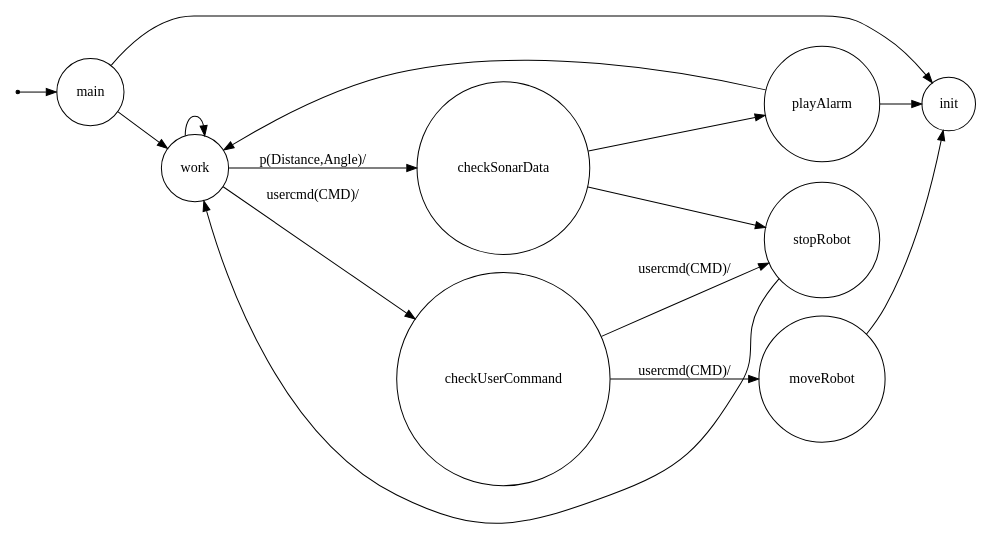
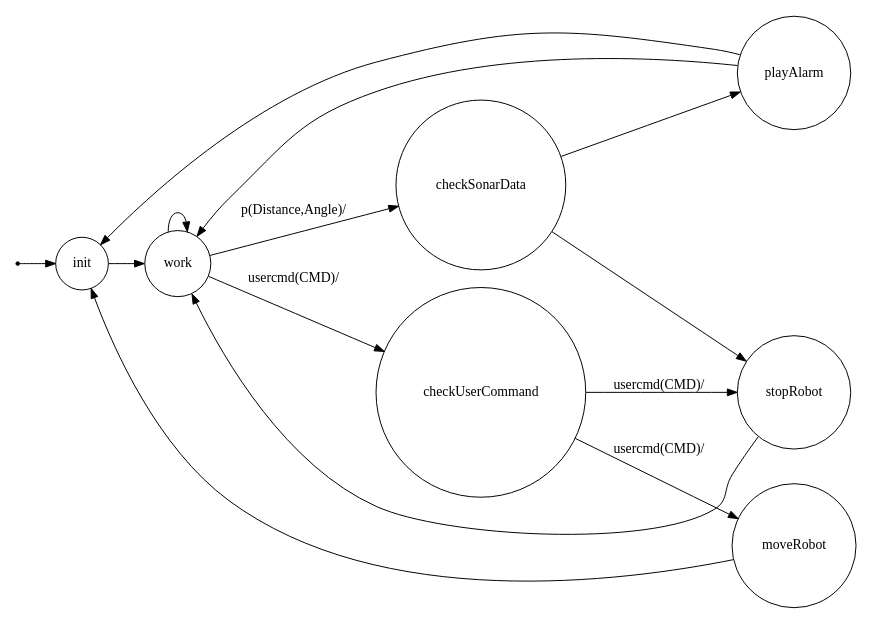
Before and after one commit to Diantha/TemaFinaleISS: the diagram in srcMore/it/unibo/controller/dotFsm.gv, drawn with Graphviz. The commit also changed 47 other files, not shown here.

```diff
--- a/srcMore/it/unibo/controller/dotFsm.gv
+++ b/srcMore/it/unibo/controller/dotFsm.gv
@@ -1,38 +1,37 @@
 /*
 *
 * A GraphViz DOT FSM description 
 * Please use a GraphViz visualizer (like http://www.webgraphviz.com)
 * 
 * Generated by AM,NC,RM
 *  
 */
  
 digraph finite_state_machine {
   	rankdir=LR;
   	size="8,5"
   	node [shape = point]; iniziale;
   	node [shape = doublecircle]; 
   	node [shape = circle];
-  	iniziale -> main [label = ""];
+  	iniziale -> init [label = ""];
   	
   	
-  	main -> init [ label = ""];
-  	main -> work [ label = ""];
+  	init -> work [ label = ""];
   	
   	work -> work [ label = ""];
   	work -> checkUserCommand [ label = "usercmd(CMD)/"];
   	work -> checkSonarData [ label = "p(Distance,Angle)/"];
   	
   	checkSonarData -> playAlarm [ label = ""];
   	checkSonarData -> stopRobot [ label = ""];
   	
   	playAlarm -> init [ label = ""];
   	playAlarm -> work [ label = ""];
   	
   	checkUserCommand -> stopRobot [ label = "usercmd(CMD)/"];
   	checkUserCommand -> moveRobot [ label = "usercmd(CMD)/"];
   	
   	moveRobot -> init [ label = ""];
   	
   	stopRobot -> work [ label = ""];
 }
```
